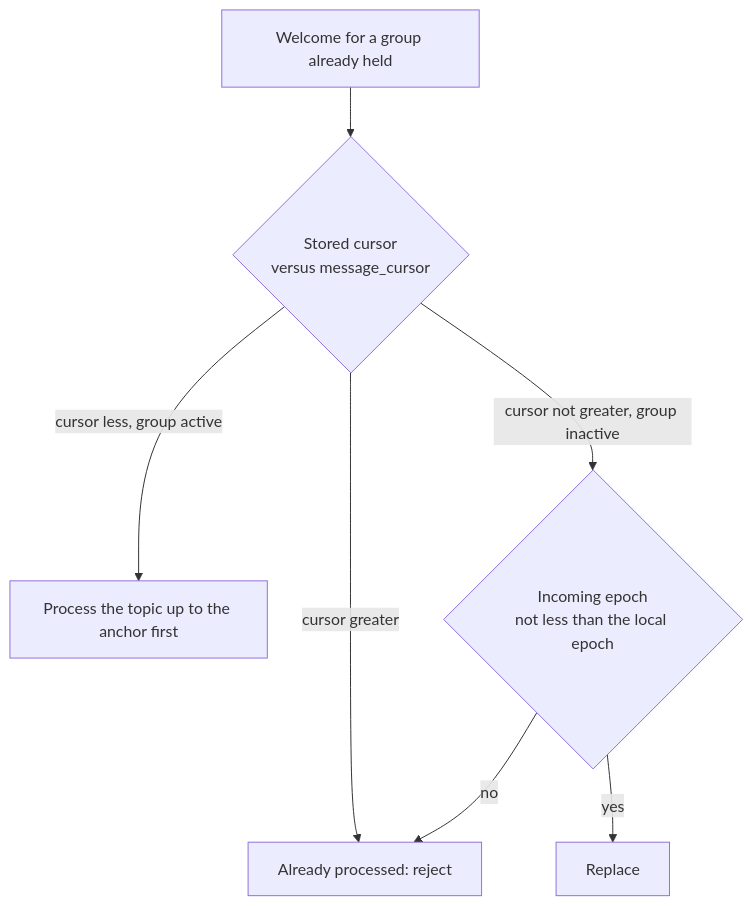
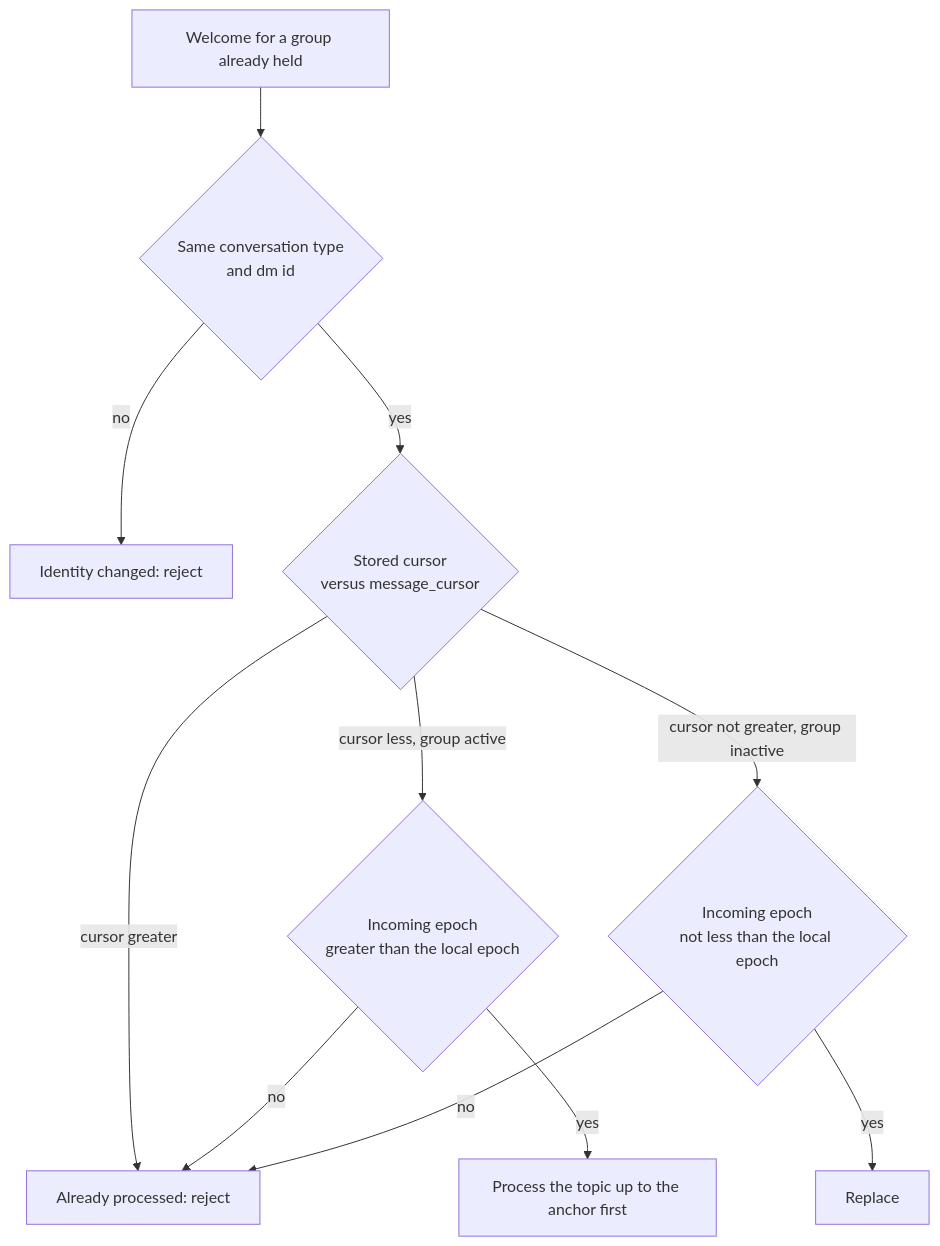
One commit to xmtp/libxmtp changed the second of 2 diagrams in docs/specs/JOIN-joining-groups.md. Above: the diagram before and after it, drawn with Mermaid. The commit also changed other lines of this file and 61 other files, not shown here.

````diff
--- a/docs/specs/JOIN-joining-groups.md
+++ b/docs/specs/JOIN-joining-groups.md
@@ -284,9 +285,13 @@
 ```mermaid
 flowchart TD
-  W[Welcome for a group already held] --> P{Stored cursor<br/>versus message_cursor}
+  W[Welcome for a group already held] --> K{Same conversation type<br/>and dm id}
+  K -->|no| R[Identity changed: reject]
+  K -->|yes| P{Stored cursor<br/>versus message_cursor}
   P -->|cursor greater| X[Already processed: reject]
-  P -->|cursor less, group active| Y[Process the topic up to the anchor first]
+  P -->|cursor less, group active| E{Incoming epoch<br/>greater than the local epoch}
+  E -->|yes| Y[Process the topic up to the anchor first]
+  E -->|no| X
   P -->|cursor not greater, group inactive| Z{Incoming epoch<br/>not less than the local epoch}
   Z -->|yes| I[Replace]
   Z -->|no| X
 ```
````
